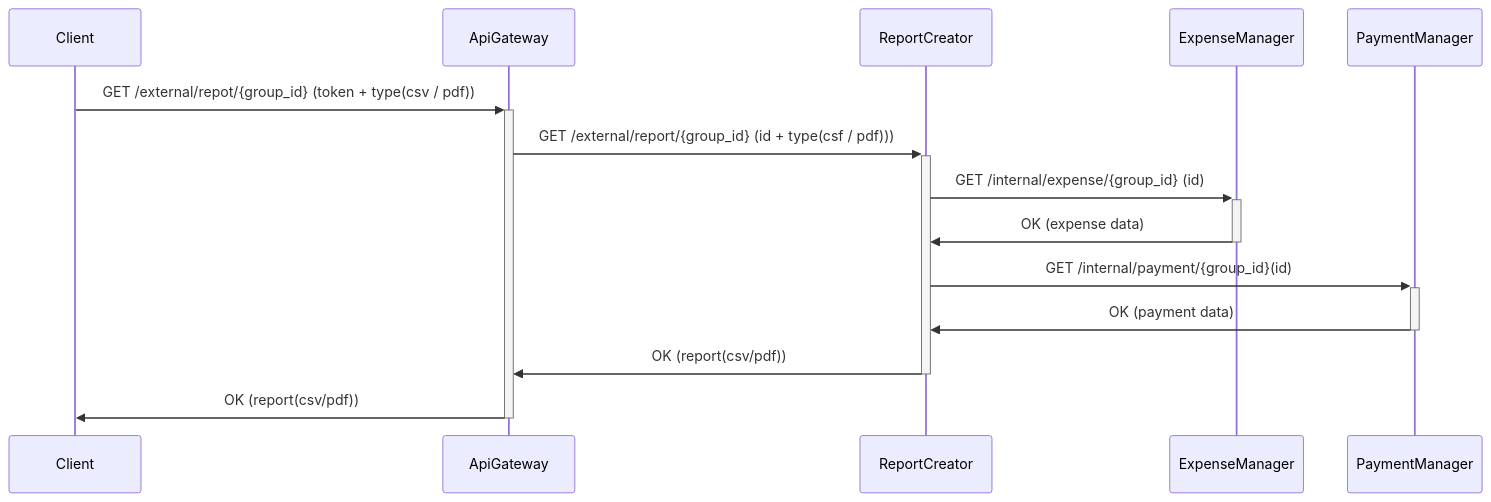
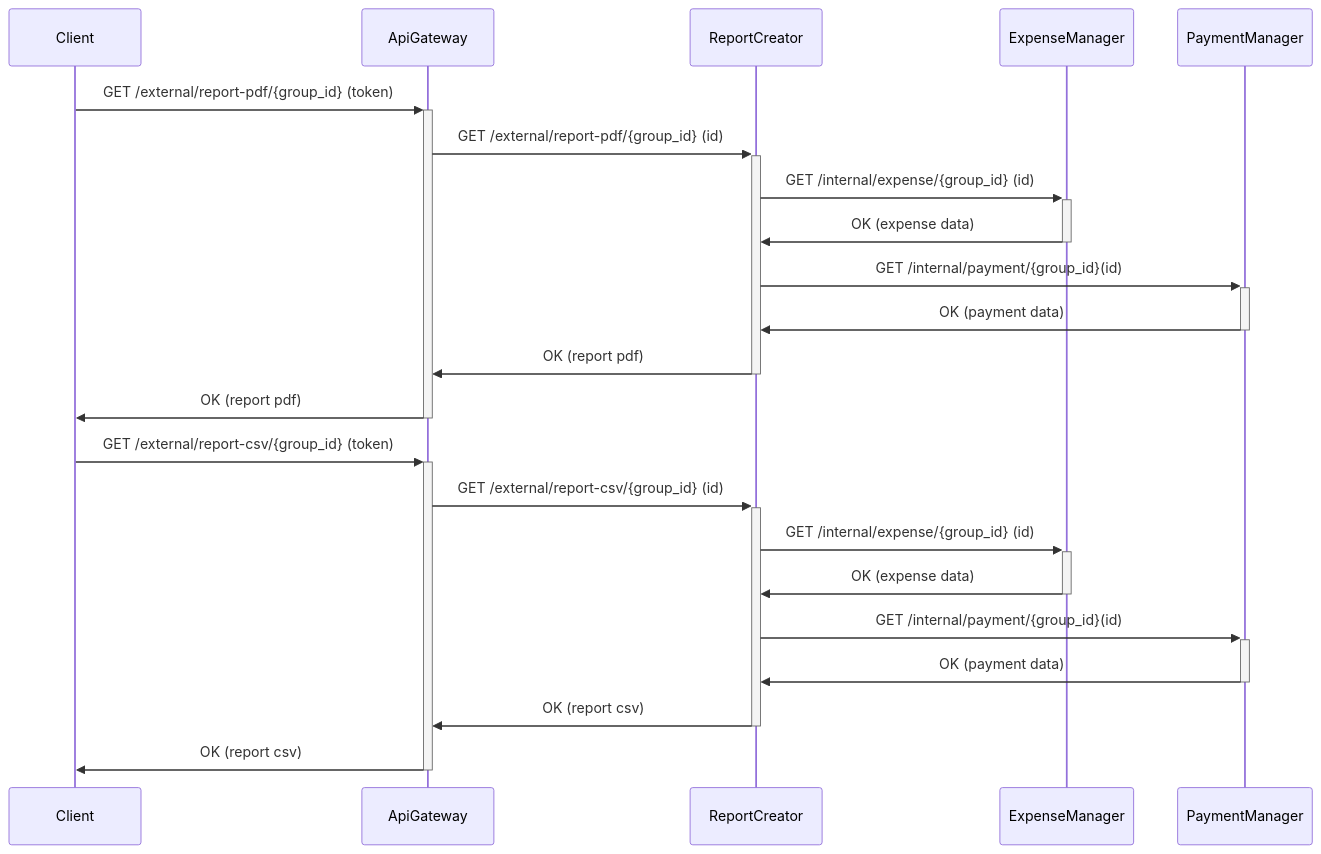
The ninth of 9 diagrams in docs/diagrams.md (Group-Expense-Manager/gem-docs), drawn with Mermaid before and after one commit.

Commit message:
edited Report Creator diagram

````diff
--- a/docs/diagrams.md
+++ b/docs/diagrams.md
@@ -295,12 +295,21 @@
 ``` mermaid
 sequenceDiagram
 
-Client->>+ApiGateway: GET /external/repot/{group_id} (token + type(csv / pdf))
-ApiGateway->>+ReportCreator: GET /external/report/{group_id} (id + type(csf / pdf)))
+Client->>+ApiGateway: GET /external/report-pdf/{group_id} (token)
+ApiGateway->>+ReportCreator: GET /external/report-pdf/{group_id} (id)
 ReportCreator->>+ ExpenseManager: GET /internal/expense/{group_id} (id)
 ExpenseManager->>- ReportCreator: OK (expense data)
 ReportCreator->>+ PaymentManager: GET /internal/payment/{group_id}(id)
 PaymentManager->>- ReportCreator: OK (payment data)
-ReportCreator->>- ApiGateway: OK (report(csv/pdf))
-ApiGateway->>-Client: OK (report(csv/pdf))
+ReportCreator->>- ApiGateway: OK (report pdf)
+ApiGateway->>-Client: OK (report pdf)
+
+Client->>+ApiGateway: GET /external/report-csv/{group_id} (token)
+ApiGateway->>+ReportCreator: GET /external/report-csv/{group_id} (id)
+ReportCreator->>+ ExpenseManager: GET /internal/expense/{group_id} (id)
+ExpenseManager->>- ReportCreator: OK (expense data)
+ReportCreator->>+ PaymentManager: GET /internal/payment/{group_id}(id)
+PaymentManager->>- ReportCreator: OK (payment data)
+ReportCreator->>- ApiGateway: OK (report csv)
+ApiGateway->>-Client: OK (report csv)
 ```
````
